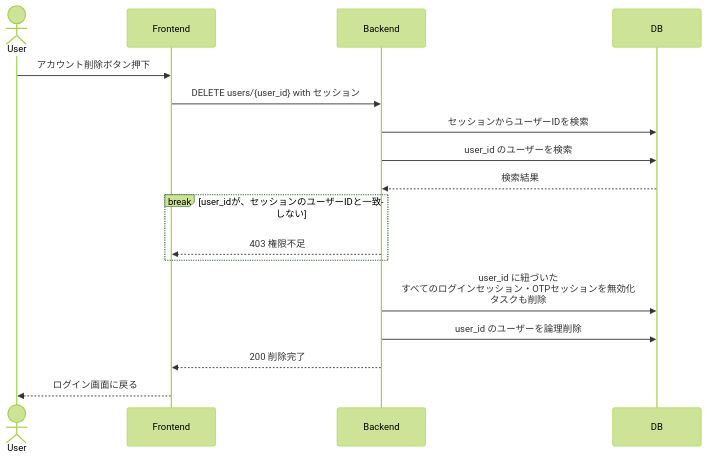
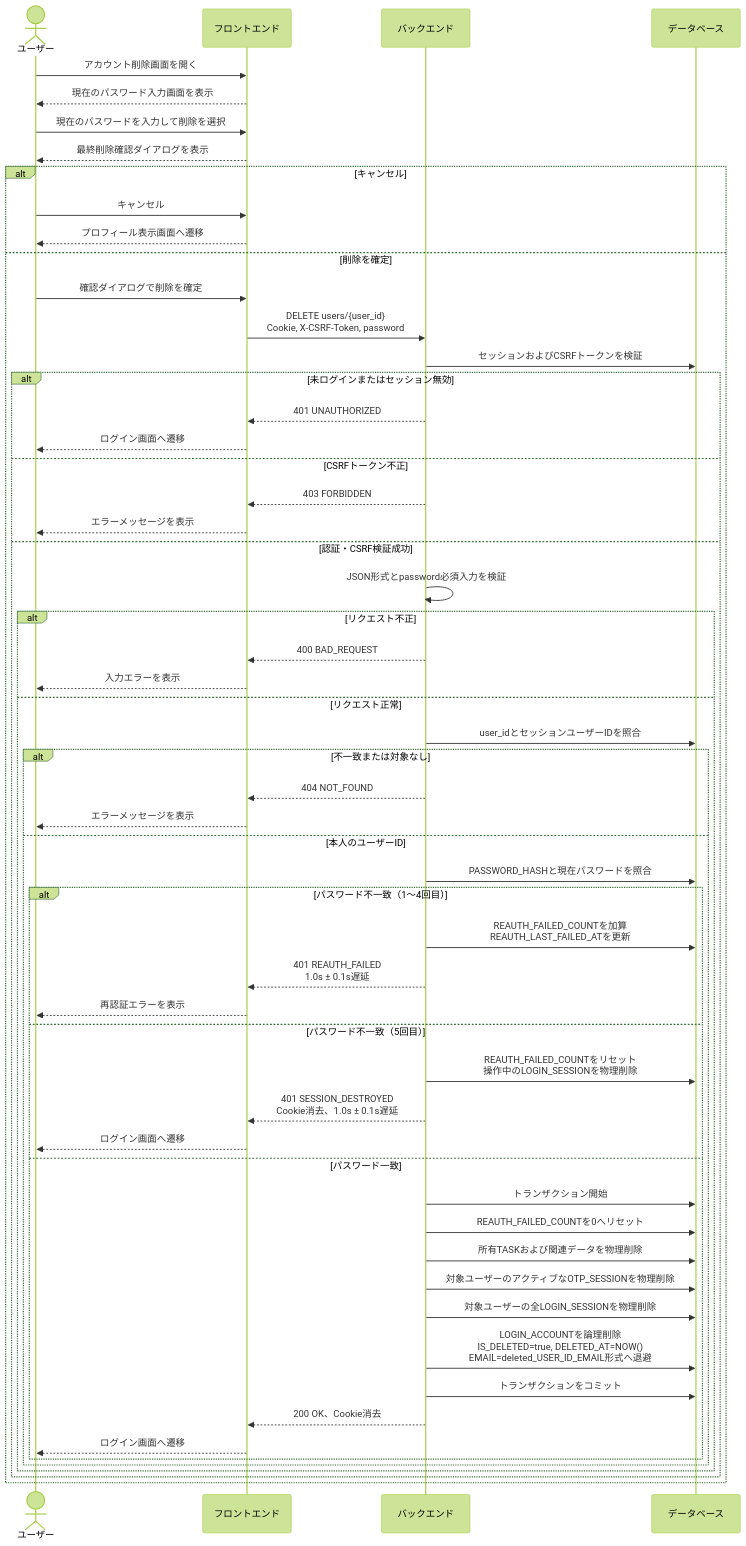
The diagram in docs/design/process_design/03_account_delete.md (TUS-TI-dev-team/SyncTask), drawn with Mermaid (forest theme) before and after one commit. The commit also changed other lines of this file and 7 other files, not shown here.

````diff
--- a/docs/design/process_design/03_account_delete.md
+++ b/docs/design/process_design/03_account_delete.md
@@ -3,20 +22,60 @@
 ```mermaid
 sequenceDiagram
-	actor User
-	participant Frontend
-	participant Backend
-	participant DB
-	
-	User->>Frontend: アカウント削除ボタン押下
-	Frontend->>Backend: DELETE users/{user_id} with セッション
-	Backend->>DB: セッションからユーザーIDを検索
-	Backend->>DB: user_id のユーザーを検索
-	DB-->>Backend: 検索結果
-	break user_idが、セッションのユーザーIDと一致しない
-		Backend-->>Frontend: 403 権限不足
-	end
-	Backend->>DB: user_id に紐づいた<br>すべてのログインセッション・OTPセッションを無効化<br>タスクも削除
-	Backend->>DB: user_id のユーザーを論理削除
-	Backend-->>Frontend: 200 削除完了
-	Frontend-->>User: ログイン画面に戻る
+    actor User as ユーザー
+    participant Frontend as フロントエンド
+    participant Backend as バックエンド
+    participant DB as データベース
+
+    User->>Frontend: アカウント削除画面を開く
+    Frontend-->>User: 現在のパスワード入力画面を表示
+    User->>Frontend: 現在のパスワードを入力して削除を選択
+    Frontend-->>User: 最終削除確認ダイアログを表示
+    alt キャンセル
+        User->>Frontend: キャンセル
+        Frontend-->>User: プロフィール表示画面へ遷移
+    else 削除を確定
+        User->>Frontend: 確認ダイアログで削除を確定
+        Frontend->>Backend: DELETE users/{user_id}<br/>Cookie, X-CSRF-Token, password
+        Backend->>DB: セッションおよびCSRFトークンを検証
+        alt 未ログインまたはセッション無効
+            Backend-->>Frontend: 401 UNAUTHORIZED
+            Frontend-->>User: ログイン画面へ遷移
+        else CSRFトークン不正
+            Backend-->>Frontend: 403 FORBIDDEN
+            Frontend-->>User: エラーメッセージを表示
+        else 認証・CSRF検証成功
+            Backend->>Backend: JSON形式とpassword必須入力を検証
+            alt リクエスト不正
+                Backend-->>Frontend: 400 BAD_REQUEST
+                Frontend-->>User: 入力エラーを表示
+            else リクエスト正常
+                Backend->>DB: user_idとセッションユーザーIDを照合
+                alt 不一致または対象なし
+                    Backend-->>Frontend: 404 NOT_FOUND
+                    Frontend-->>User: エラーメッセージを表示
+                else 本人のユーザーID
+                    Backend->>DB: PASSWORD_HASHと現在パスワードを照合
+                    alt パスワード不一致（1〜4回目）
+                        Backend->>DB: REAUTH_FAILED_COUNTを加算<br/>REAUTH_LAST_FAILED_ATを更新
+                        Backend-->>Frontend: 401 REAUTH_FAILED<br/>1.0s ± 0.1s遅延
+                        Frontend-->>User: 再認証エラーを表示
+                    else パスワード不一致（5回目）
+                        Backend->>DB: REAUTH_FAILED_COUNTをリセット<br/>操作中のLOGIN_SESSIONを物理削除
+                        Backend-->>Frontend: 401 SESSION_DESTROYED<br/>Cookie消去、1.0s ± 0.1s遅延
+                        Frontend-->>User: ログイン画面へ遷移
+                    else パスワード一致
+                        Backend->>DB: トランザクション開始
+                        Backend->>DB: REAUTH_FAILED_COUNTを0へリセット
+                        Backend->>DB: 所有TASKおよび関連データを物理削除
+                        Backend->>DB: 対象ユーザーのアクティブなOTP_SESSIONを物理削除
+                        Backend->>DB: 対象ユーザーの全LOGIN_SESSIONを物理削除
+                        Backend->>DB: LOGIN_ACCOUNTを論理削除<br/>IS_DELETED=true, DELETED_AT=NOW()<br/>EMAIL=deleted_USER_ID_EMAIL形式へ退避
+                        Backend->>DB: トランザクションをコミット
+                        Backend-->>Frontend: 200 OK、Cookie消去
+                        Frontend-->>User: ログイン画面へ遷移
+                    end
+                end
+            end
+        end
+    end
 ```
````
